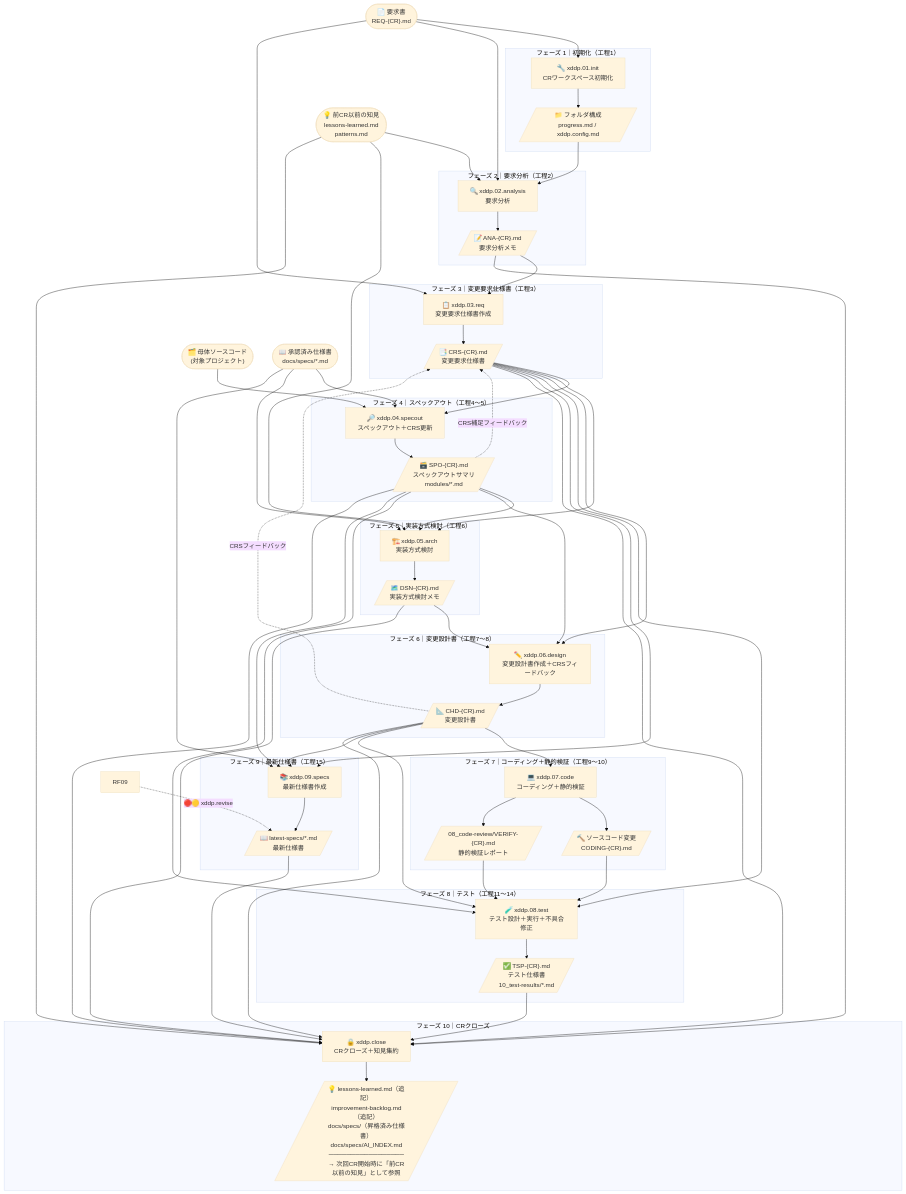
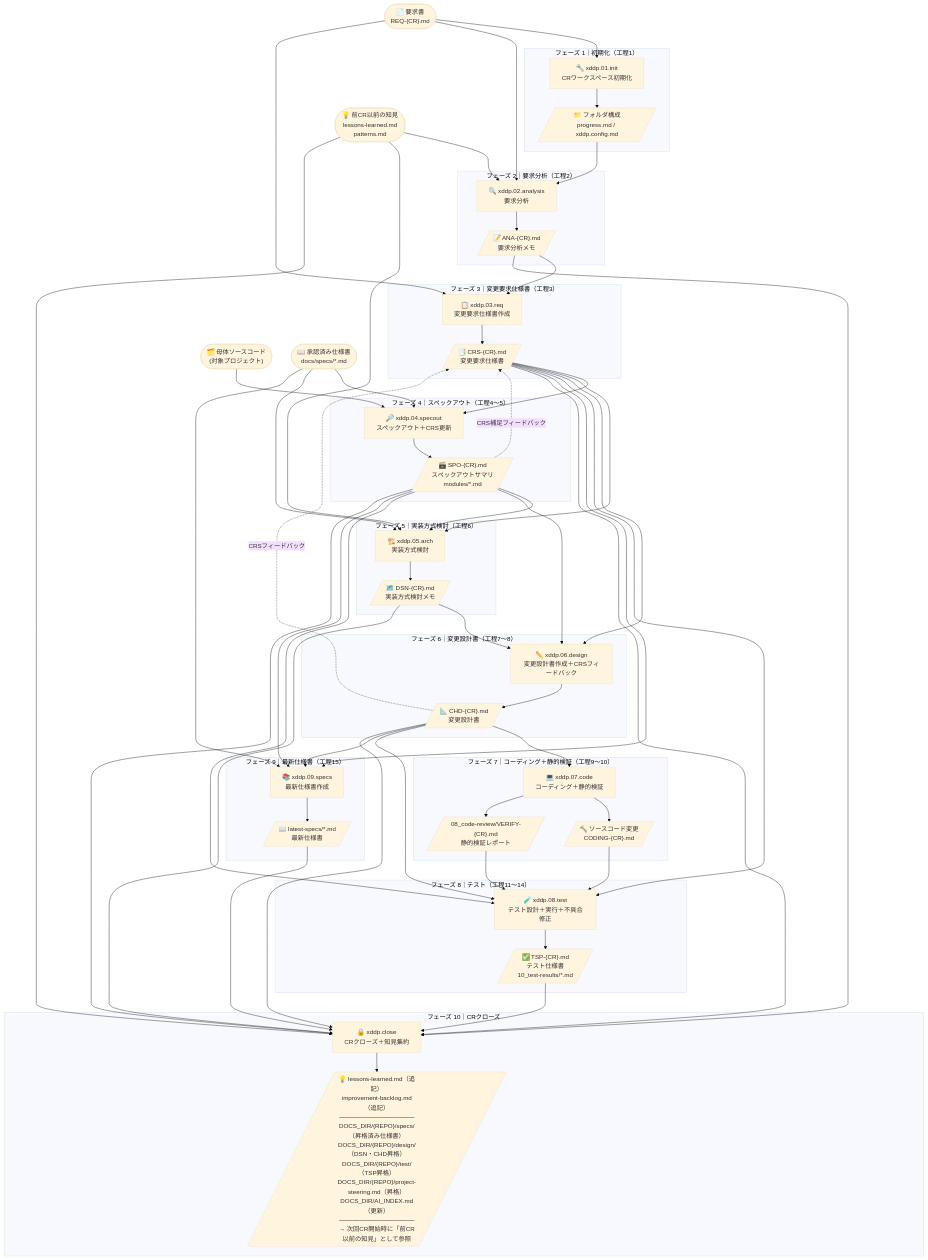
One commit to tsuna44/XddpSettings changed the third of 4 diagrams in docs/xddp-process-dfd.md. Above: the diagram before and after it, drawn with Mermaid (base theme). The commit also changed other lines of this file and 16 other files, not shown here.

````diff
--- a/docs/xddp-process-dfd.md
+++ b/docs/xddp-process-dfd.md
@@ -127,7 +127,7 @@
     %% ─── フェーズ10: クローズ ───
     subgraph PH10["フェーズ 10｜CRクローズ"]
         S10["🔒 xddp.close<br/>CRクローズ＋知見集約"]
-        A10[/"💡 lessons-learned.md（追記）<br/>improvement-backlog.md（追記）<br/>docs/specs/（昇格済み仕様書）<br/>docs/specs/AI_INDEX.md<br/>─────────────────<br/>→ 次回CR開始時に「前CR以前の知見」として参照"/]
+        A10[/"💡 lessons-learned.md（追記）<br/>improvement-backlog.md（追記）<br/>─────────────────<br/>DOCS_DIR/{REPO}/specs/（昇格済み仕様書）<br/>DOCS_DIR/{REPO}/design/（DSN・CHD昇格）<br/>DOCS_DIR/{REPO}/test/（TSP昇格）<br/>DOCS_DIR/{REPO}/project-steering.md（昇格）<br/>DOCS_DIR/AI_INDEX.md（更新）<br/>─────────────────<br/>→ 次回CR開始時に「前CR以前の知見」として参照"/]
     end
 
     %% ─── 主フロー ───
@@ -184,5 +184,4 @@
     A06 --> S10
     A08 --> S10
     S10 --> A10
-    RF09 -.->|"🔴🟡 xddp.revise"| A09
 ```
````
